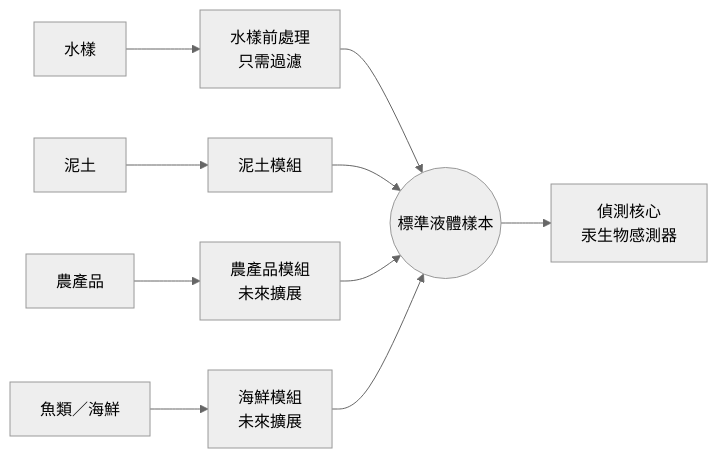
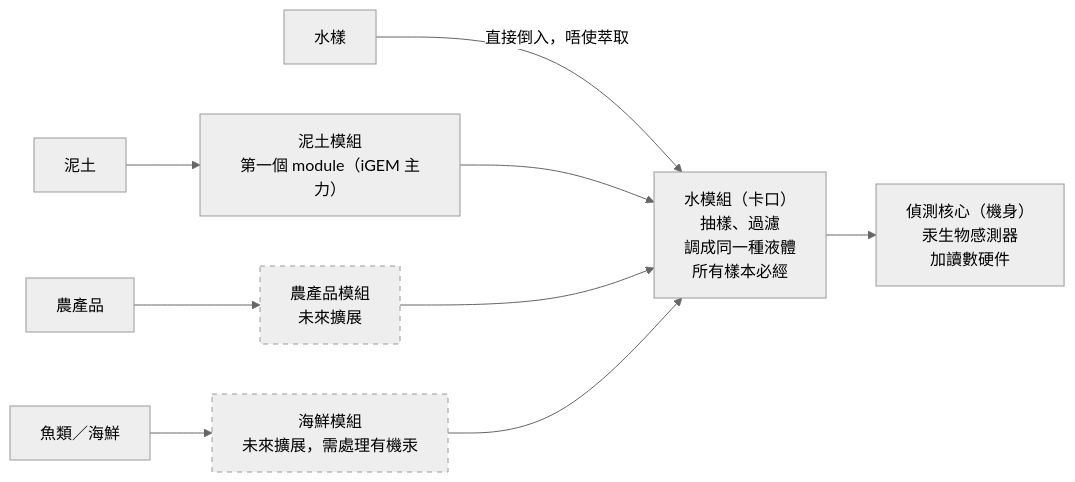
One commit to davidlueng986-alt/igem-mercury-extraction-platform changed the first of 2 diagrams in docs/00-vision-water-first-platform.md. Above: the diagram before and after it, drawn with Mermaid (neutral theme). The commit also changed other lines of this file and 2 other files, not shown here.

First line of the commit message:
Restructure around a standard conditioning (water) module

````diff
--- a/docs/00-vision-water-first-platform.md
+++ b/docs/00-vision-water-first-platform.md
@@ -19,12 +19,13 @@
 ```mermaid
 flowchart LR
-  A[水樣] --> A1[水樣前處理<br/>只需過濾]
-  B[泥土] --> B1[泥土模組]
+  A[水樣] -->|直接倒入，唔使萃取| W[水模組（卡口）<br/>抽樣、過濾<br/>調成同一種液體<br/>所有樣本必經]
+  B[泥土] --> B1[泥土模組<br/>第一個 module（iGEM 主力）]
   C[農產品] --> C1[農產品模組<br/>未來擴展]
-  D[魚類／海鮮] --> D1[海鮮模組<br/>未來擴展]
-  A1 --> IF((標準液體樣本))
-  B1 --> IF
-  C1 --> IF
-  D1 --> IF
-  IF --> E[偵測核心<br/>汞生物感測器]
+  D[魚類／海鮮] --> D1[海鮮模組<br/>未來擴展，需處理有機汞]
+  B1 --> W
+  C1 --> W
+  D1 --> W
+  W --> E[偵測核心（機身）<br/>汞生物感測器<br/>加讀數硬件]
+  classDef future stroke-dasharray: 5 5
+  class C1,D1 future
 ```
````
